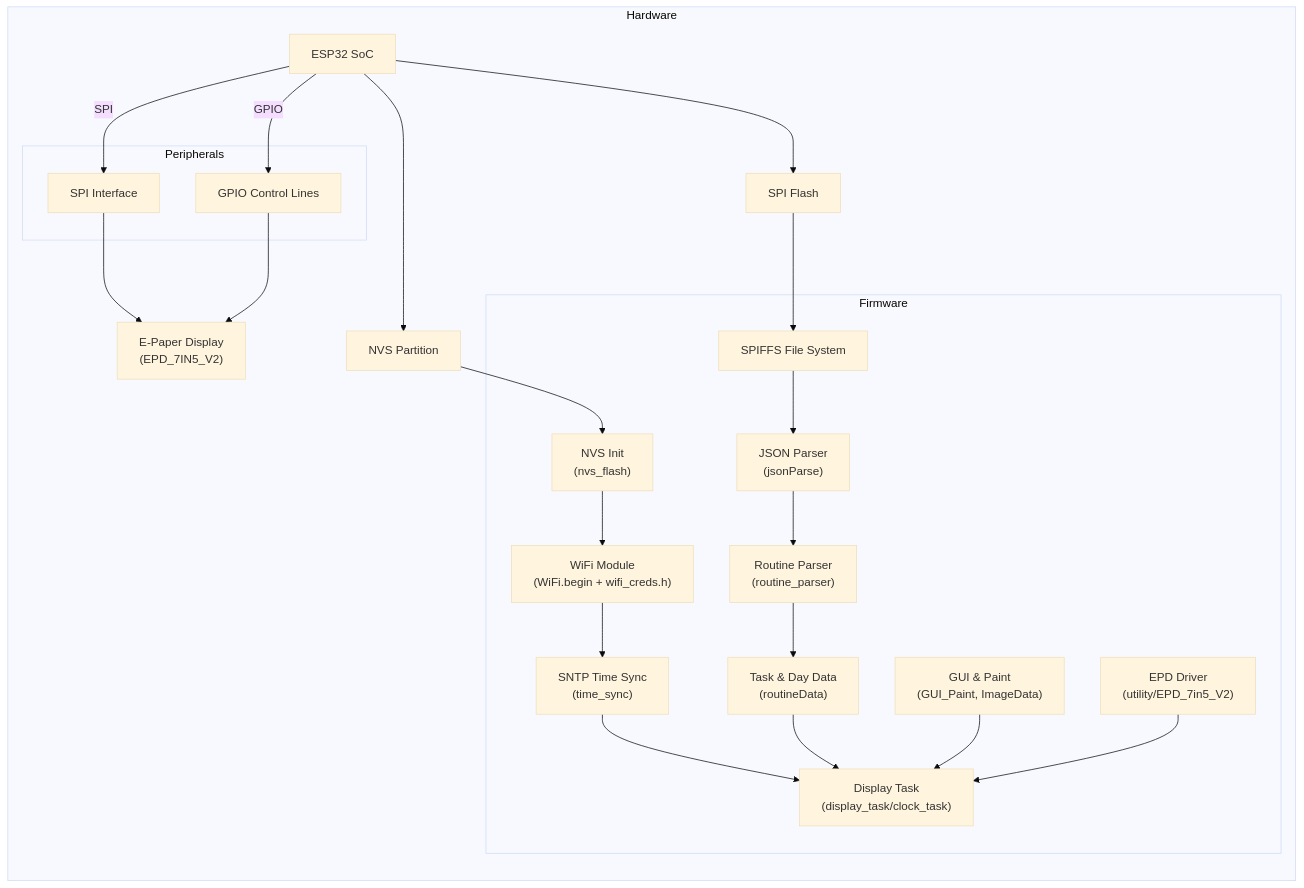
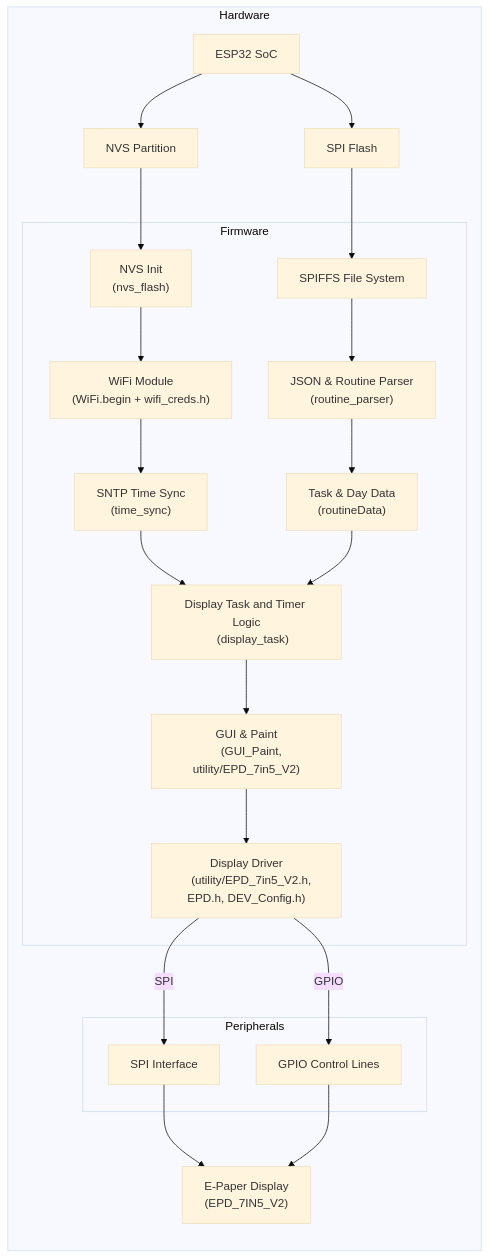
One commit to ackables/morning-person-esp32 changed the diagram in README.md. Above: the diagram before and after it, drawn with Mermaid (base theme). The commit also changed other lines of this file, not shown here.

Commit message:
mermaid v5

````diff
--- a/README.md
+++ b/README.md
@@ -6,66 +3,61 @@
 ```mermaid
 flowchart LR
-
-  %% Hardware subgraph
+  %% Hardware group
   subgraph Hardware
     ESP32["ESP32 SoC"]
     NVS["NVS Partition"]
     EPD["E-Paper Display
     (EPD_7IN5_V2)"]
     FLASH["SPI Flash"]
 
-    subgraph Firmware
+  subgraph Firmware
     NVS_INIT["NVS Init
     (nvs_flash)"]
     FS["SPIFFS File System"]
-    JSON["JSON Parser
-    (jsonParse)"]
-    ROUTINE["Routine Parser
+    ROUTINE["JSON & Routine Parser
     (routine_parser)"]
     DATA["Task & Day Data
     (routineData)"]
     WIFI["WiFi Module
     (WiFi.begin + wifi_creds.h)"]
     SNTP["SNTP Time Sync
     (time_sync)"]
-    DISPLAY["Display Task
-    (display_task/clock_task)"]
+    DISPLAY["Display Task and Timer Logic
+    (display_task)"]
     GUI["GUI & Paint
-    (GUI_Paint, ImageData)"]
-    EPD_DRV["EPD Driver
-    (utility/EPD_7in5_V2)"]
+    (GUI_Paint, utility/EPD_7in5_V2)"]
+    EPD_DRV["Display Driver
+    (utility/EPD_7in5_V2.h, EPD.h, DEV_Config.h)"]
   end
 
     subgraph Peripherals
       SPI_BUS["SPI Interface"]
       GPIO["GPIO Control Lines"]
     end
-    
   end
 
-  %% Draw your arrows
-  ESP32 -->|SPI| SPI_BUS
+  %% Firmware group (moved out to be a sibling of Hardware)
+
+
+  %% Connections
+  EPD_DRV -->|SPI| SPI_BUS
   SPI_BUS --> EPD
   ESP32 --> FLASH
   FLASH --> FS
   ESP32 --> NVS
-
-  %% NOW this arrow has a clear “line of sight” to NVS_INIT above it
   NVS --> NVS_INIT
 
-  %% firmware flow
   NVS_INIT --> WIFI
   WIFI --> SNTP
   SNTP --> DISPLAY
 
-  FS --> JSON
-  JSON --> ROUTINE
+  FS --> ROUTINE
   ROUTINE --> DATA
   DATA --> DISPLAY
 
-  GUI --> DISPLAY
-  EPD_DRV --> DISPLAY
+  DISPLAY --> GUI
+  GUI --> EPD_DRV
 
-  ESP32 -->|GPIO| GPIO
+  EPD_DRV -->|GPIO| GPIO
   GPIO --> EPD
 ```
````
